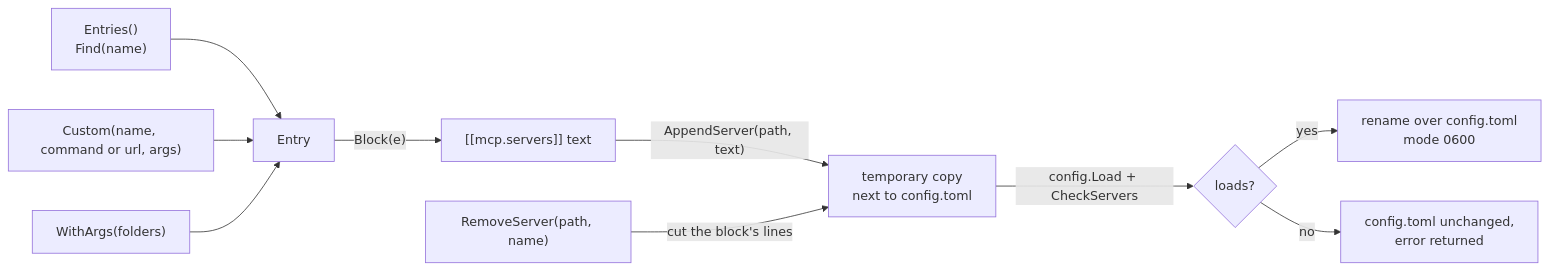
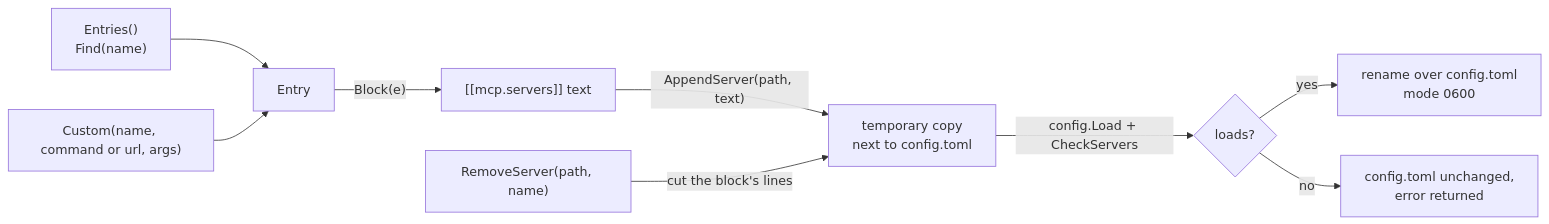
One commit to aarora79/meru changed the diagram in docs/coding-notes/catalog.md. Above: the diagram before and after it, drawn with Mermaid. The commit also changed other lines of this file and 132 other files, not shown here.

````diff
--- a/docs/coding-notes/catalog.md
+++ b/docs/coding-notes/catalog.md
@@ -45,12 +40,11 @@
 ```mermaid
 flowchart LR
     entries["Entries()<br/>Find(name)"] --> e["Entry"]
     custom["Custom(name, command or url, args)"] --> e
-    args["WithArgs(folders)"] --> e
     e -- "Block(e)" --> text["[[mcp.servers]] text"]
     text -- "AppendServer(path, text)" --> tmp["temporary copy<br/>next to config.toml"]
     tmp -- "config.Load + CheckServers" --> ok{"loads?"}
     ok -- "yes" --> cfg["rename over config.toml<br/>mode 0600"]
     ok -- "no" --> keep["config.toml unchanged,<br/>error returned"]
     rm["RemoveServer(path, name)"] -- "cut the block's lines" --> tmp
 ```
````
